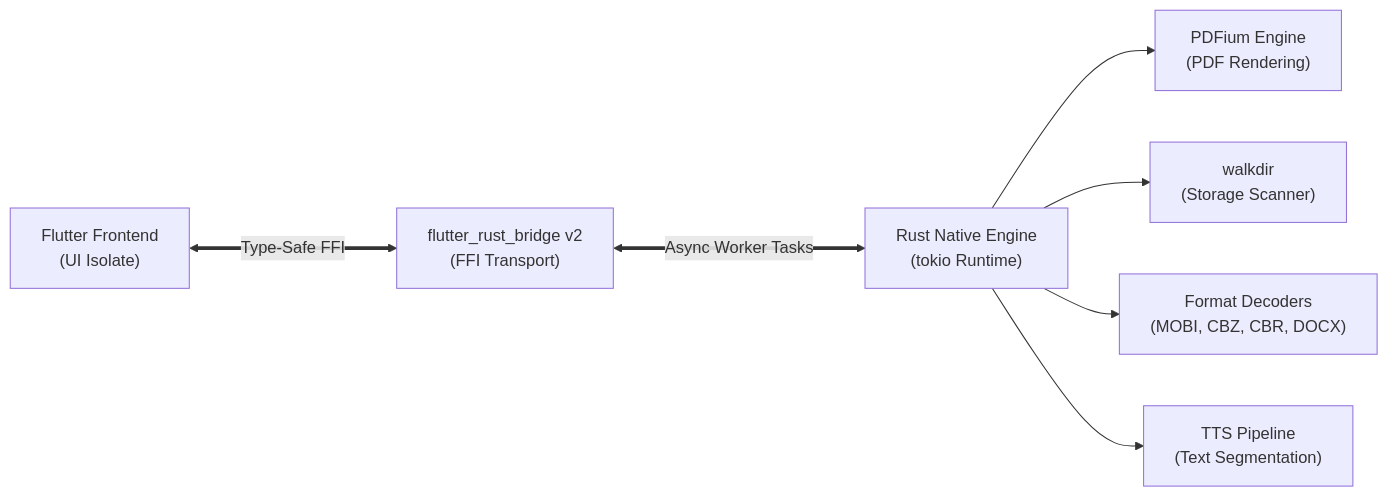
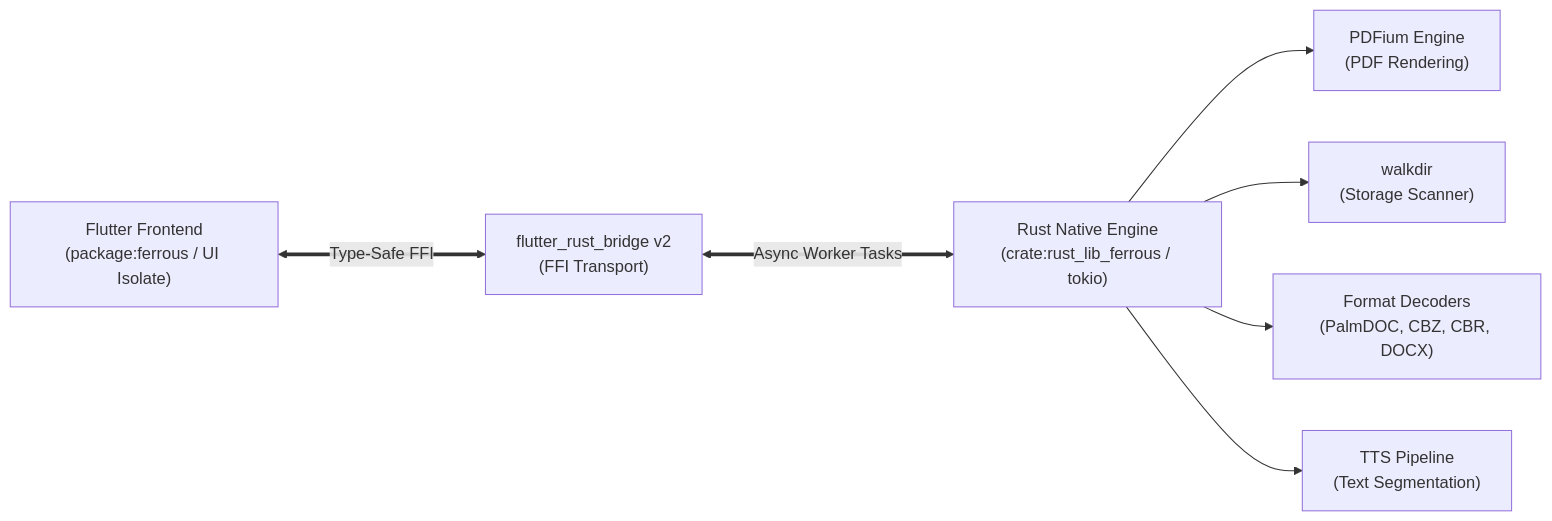
One commit to JuanSoFly/Ferrous changed the diagram in README.md. Above: the diagram before and after it, drawn with Mermaid. The commit also changed other lines of this file and 3 other files, not shown here.

````diff
--- a/README.md
+++ b/README.md
@@ -139,19 +138,19 @@
 ```mermaid
 flowchart LR
-    UI["Flutter Frontend<br/>(UI Isolate)"]
+    UI["Flutter Frontend<br/>(package:ferrous / UI Isolate)"]
     FFI["flutter_rust_bridge v2<br/>(FFI Transport)"]
-    RUST["Rust Native Engine<br/>(tokio Runtime)"]
+    RUST["Rust Native Engine<br/>(crate:rust_lib_ferrous / tokio)"]
 
     PDF["PDFium Engine<br/>(PDF Rendering)"]
     SCAN["walkdir<br/>(Storage Scanner)"]
-    PARSERS["Format Decoders<br/>(MOBI, CBZ, CBR, DOCX)"]
+    PARSERS["Format Decoders<br/>(PalmDOC, CBZ, CBR, DOCX)"]
     TTS["TTS Pipeline<br/>(Text Segmentation)"]
 
     UI <===>|"Type-Safe FFI"| FFI
     FFI <===>|"Async Worker Tasks"| RUST
 
     RUST --> PDF
     RUST --> SCAN
     RUST --> PARSERS
     RUST --> TTS
 ```
````
